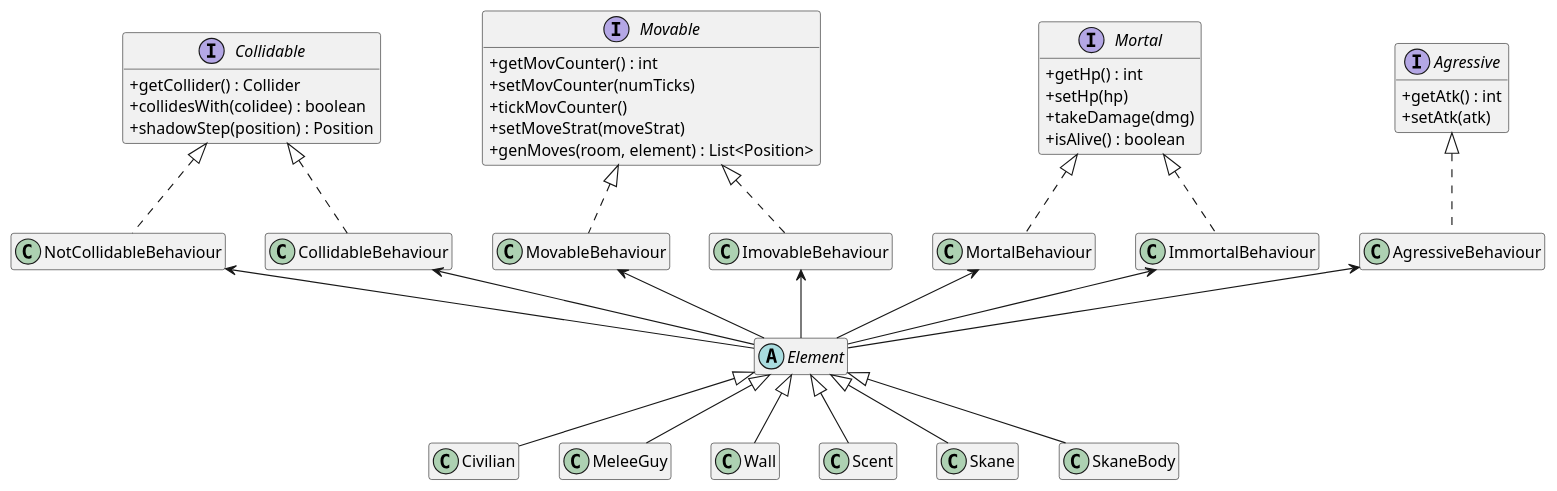
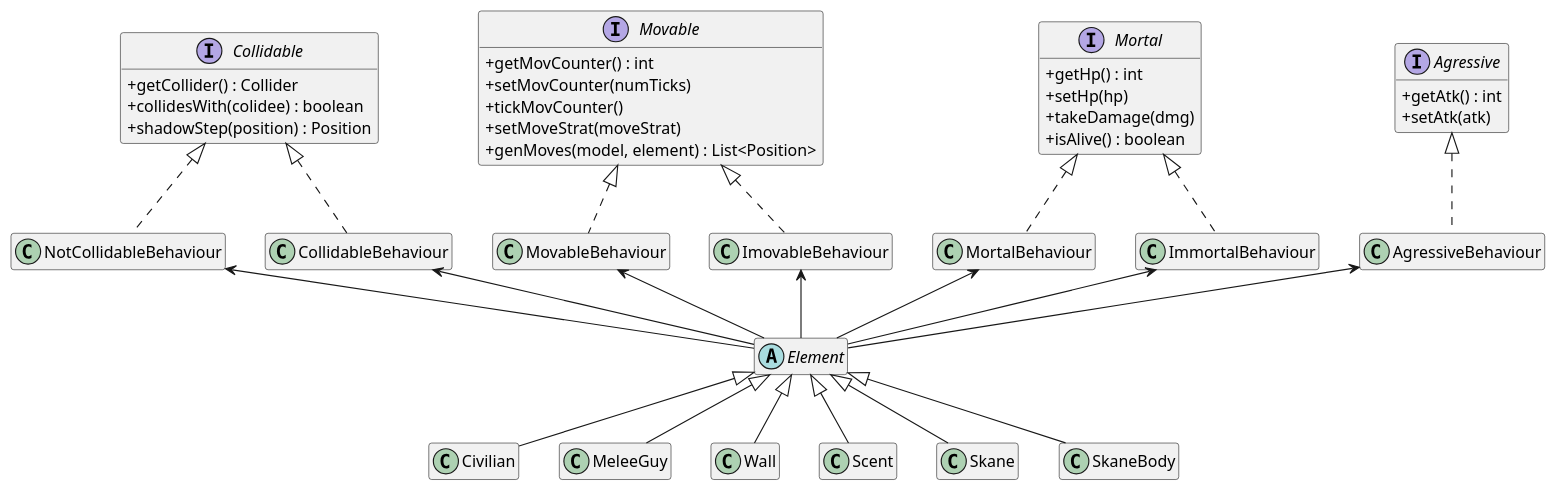
The diagram in docs/uml/element.puml (JoaoCostaIFG/LPOO), drawn with PlantUML before and after one commit. The commit also changed 89 other files, not shown here.

Commit message:
Rename: gui -> view and room -> model.

```diff
--- a/docs/uml/element.puml
+++ b/docs/uml/element.puml
@@ -1,72 +1,72 @@
 @startuml
 
 hide empty members
 skinparam classAttributeIconSize 0
 skinparam linetype polyline
 skinparam shadowing false
 
 interface Agressive {
   + getAtk() : int
   + setAtk(atk)
 }
 interface Collidable {
   + getCollider() : Collider
   + collidesWith(colidee) : boolean
   + shadowStep(position) : Position
 }
 interface Mortal {
   + getHp() : int
   + setHp(hp)
   + takeDamage(dmg)
   + isAlive() : boolean
 }
 interface Movable {
   + getMovCounter() : int
   + setMovCounter(numTicks)
   + tickMovCounter()
   + setMoveStrat(moveStrat)
-  + genMoves(room, element) : List<Position>
+  + genMoves(model, element) : List<Position>
 }
 
 class AgressiveBehaviour {}
 class CollidableBehaviour {}
 class ImmortalBehaviour {}
 class ImovableBehaviour {}
 class MortalBehaviour {}
 class MovableBehaviour {}
 class NotCollidableBehaviour {}
 
 abstract class Element {}
 
 class Civilian {}
 class MeleeGuy {}
 class Wall {}
 
 class Scent {}
 class Skane {}
 class SkaneBody {}
 
 AgressiveBehaviour .up.^ Agressive
 CollidableBehaviour .up.^ Collidable
 ImmortalBehaviour .up.^ Mortal
 ImovableBehaviour .up.^ Movable
 MortalBehaviour .up.^ Mortal
 MovableBehaviour .up.^ Movable
 NotCollidableBehaviour .up.^ Collidable
 
 Element -up-> AgressiveBehaviour
 Element -up-> CollidableBehaviour
 Element -up-> ImmortalBehaviour
 Element -up-> ImovableBehaviour
 Element -up-> MortalBehaviour
 Element -up-> MovableBehaviour
 Element -up-> NotCollidableBehaviour
 
 Civilian -up-^ Element
 MeleeGuy -up-^ Element
 Wall -up-^ Element
 Scent -up-^ Element
 Skane -up-^ Element
 SkaneBody -up-^ Element
 
 @enduml
```
